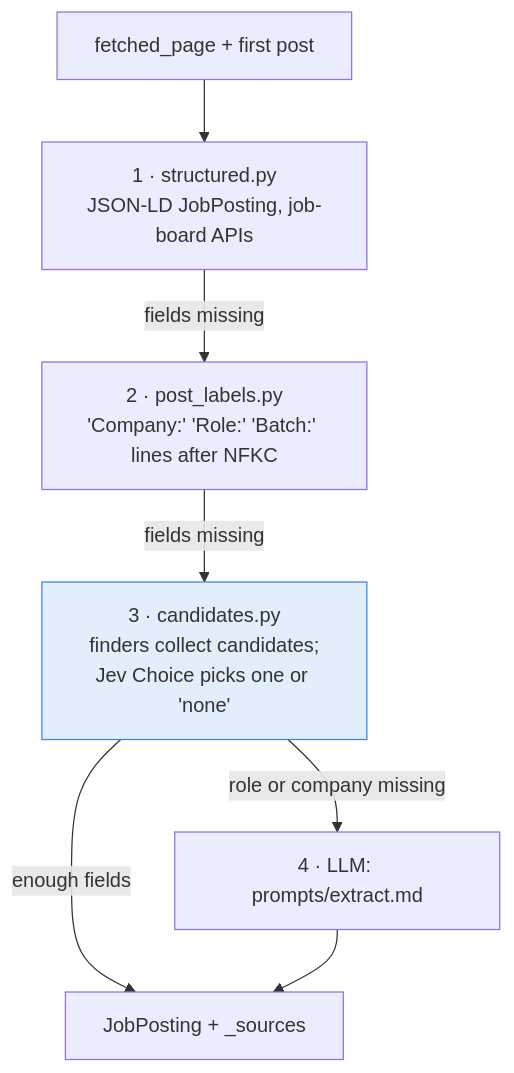
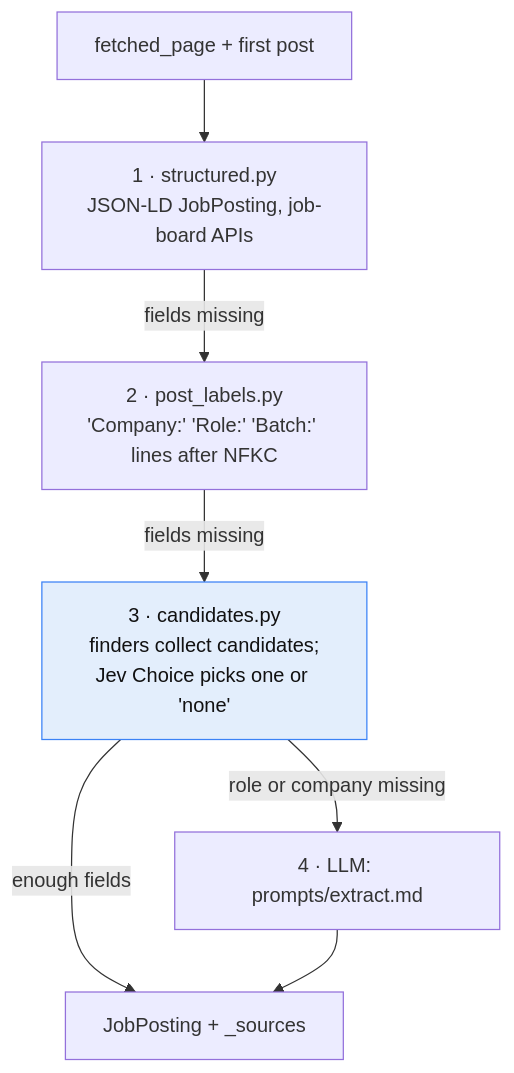
One commit to ThePlator/JobRadar changed the fifth of 7 diagrams in docs/LLD.md. Above: the diagram before and after it, drawn with Mermaid. The commit also changed other lines of this file and 2 other files, not shown here.

First line of the commit message:
Make Mermaid diagrams readable in GitHub dark theme

````diff
--- a/docs/LLD.md
+++ b/docs/LLD.md
@@ -617,10 +617,10 @@
 ```mermaid
 flowchart TB
     IN["fetched_page + first post"] --> L1["1 · structured.py<br/>JSON-LD JobPosting, job-board APIs"]
     L1 -->|fields missing| L2["2 · post_labels.py<br/>'Company:' 'Role:' 'Batch:' lines after NFKC"]
     L2 -->|fields missing| L3["3 · candidates.py<br/>finders collect candidates;<br/>Jev Choice picks one or 'none'"]
     L3 -->|role or company missing| L4["4 · LLM: prompts/extract.md"]
     L3 -->|enough fields| OUT["JobPosting + _sources"]
     L4 --> OUT
-    style L3 fill:#e3eefc,stroke:#3b82f6
+    style L3 fill:#e3eefc,stroke:#3b82f6,color:#111
 ```
````
